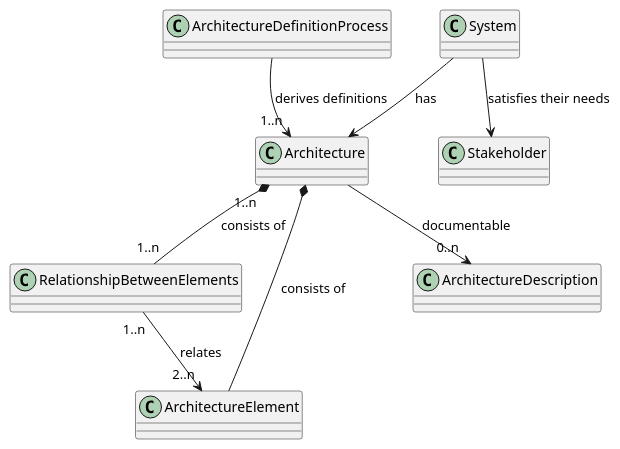
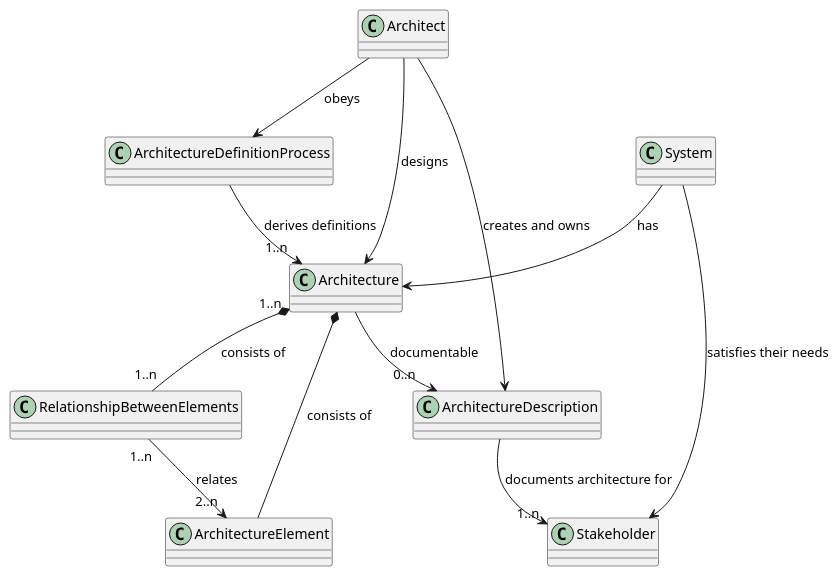
The diagram in _posts/2017-06-02-software-system-architecture.md (yasukei/yasukei.github.io), drawn with PlantUML before and after one commit.

```diff
--- a/_posts/2017-06-02-software-system-architecture.md
+++ b/_posts/2017-06-02-software-system-architecture.md
@@ -12,9 +12,13 @@
 @startuml
 RelationshipBetweenElements "1..n" --> "2..n" ArchitectureElement : relates
 Architecture *-- ArchitectureElement : consists of
 Architecture "1..n" *-- "1..n" RelationshipBetweenElements : consists of
 Architecture --> "0..n" ArchitectureDescription : documentable
 ArchitectureDefinitionProcess --> "1..n" Architecture : derives definitions
+ArchitectureDescription --> "1..n" Stakeholder : documents architecture for
+Architect --> Architecture : designs
+Architect --> ArchitectureDefinitionProcess : obeys
+Architect --> ArchitectureDescription : creates and owns
 System --> Architecture : has
 System --> Stakeholder : satisfies their needs
 @enduml
```
